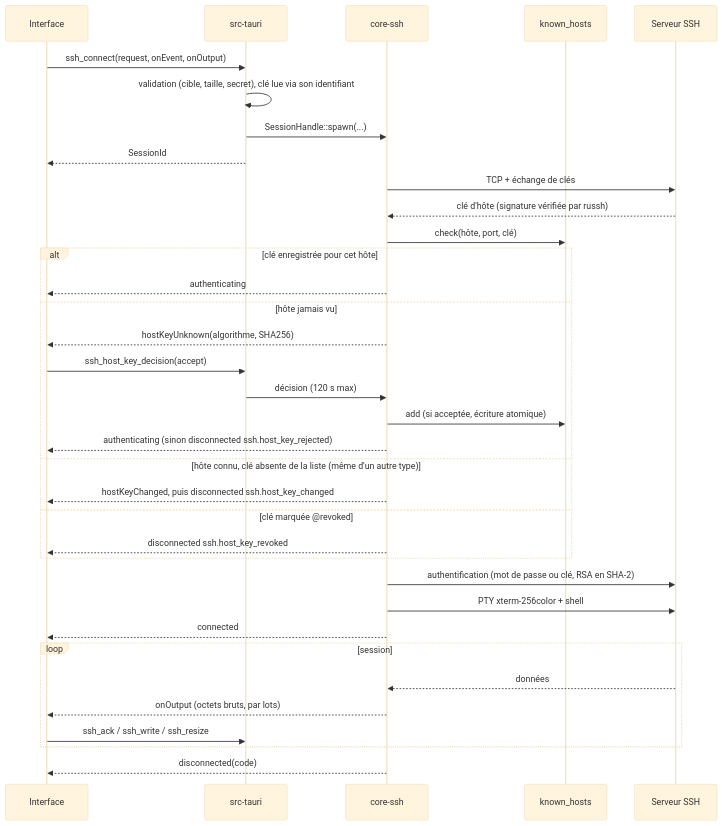
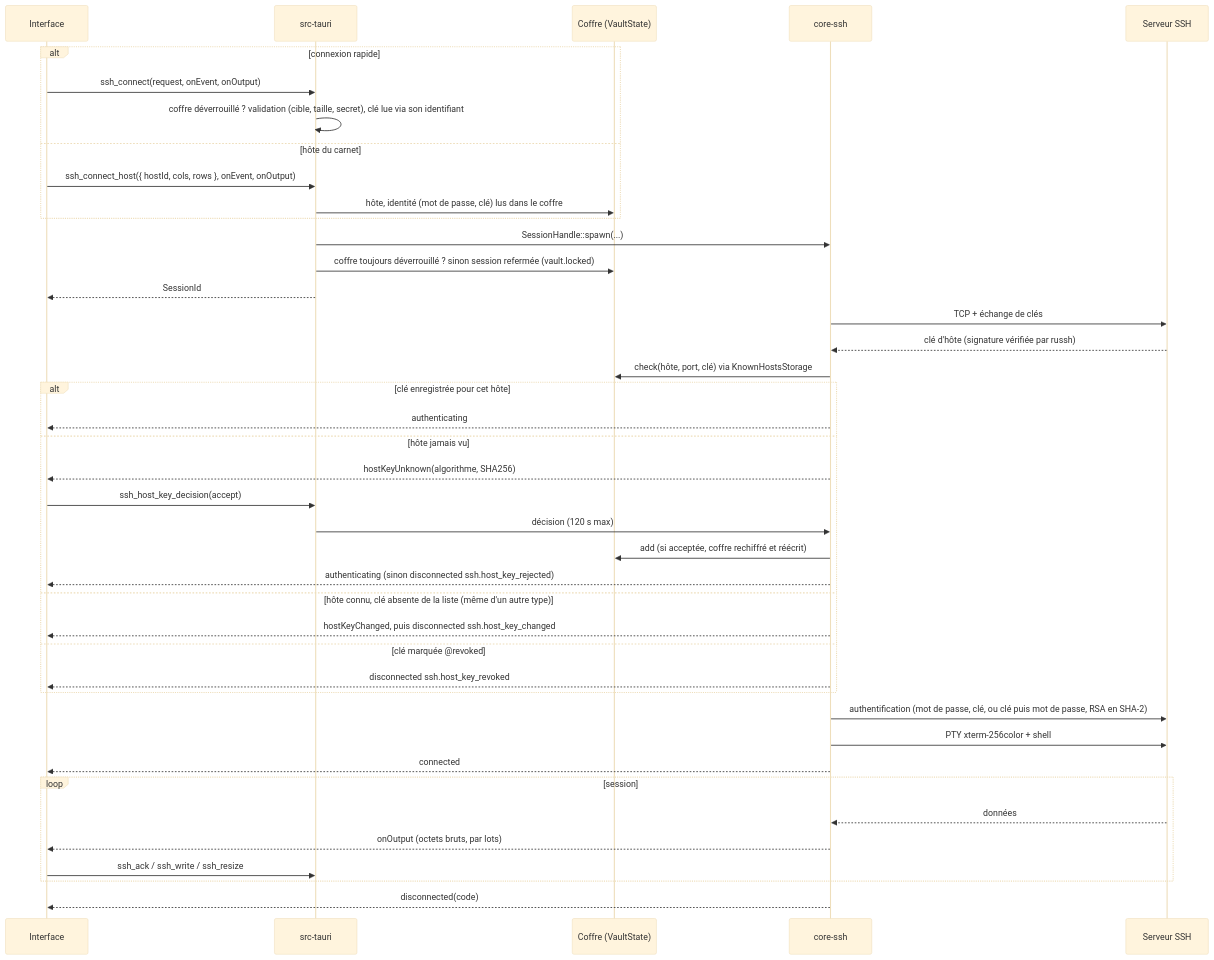
The fourth of 4 diagrams in docs/ARCHITECTURE.md (mlft9/vigie), drawn with Mermaid (base theme) before and after one commit. The commit also changed other lines of this file and 3 other files, not shown here.

First line of the commit message:
docs: documente l'étape 2 (architecture, ADR-026 à 030, changelog)

````diff
--- a/docs/ARCHITECTURE.md
+++ b/docs/ARCHITECTURE.md
@@ -214,37 +324,43 @@
 ```mermaid
 sequenceDiagram
     participant UI as Interface
     participant C as src-tauri
+    participant V as Coffre (VaultState)
     participant S as core-ssh
-    participant K as known_hosts
     participant SRV as Serveur SSH
-    UI->>C: ssh_connect(request, onEvent, onOutput)
-    C->>C: validation (cible, taille, secret), clé lue via son identifiant
+    alt connexion rapide
+        UI->>C: ssh_connect(request, onEvent, onOutput)
+        C->>C: coffre déverrouillé ? validation (cible, taille, secret), clé lue via son identifiant
+    else hôte du carnet
+        UI->>C: ssh_connect_host({ hostId, cols, rows }, onEvent, onOutput)
+        C->>V: hôte, identité (mot de passe, clé) lus dans le coffre
+    end
     C->>S: SessionHandle::spawn(...)
+    C->>V: coffre toujours déverrouillé ? sinon session refermée (vault.locked)
     C-->>UI: SessionId
     S->>SRV: TCP + échange de clés
     SRV-->>S: clé d'hôte (signature vérifiée par russh)
-    S->>K: check(hôte, port, clé)
+    S->>V: check(hôte, port, clé) via KnownHostsStorage
     alt clé enregistrée pour cet hôte
         S-->>UI: authenticating
     else hôte jamais vu
         S-->>UI: hostKeyUnknown(algorithme, SHA256)
         UI->>C: ssh_host_key_decision(accept)
         C->>S: décision (120 s max)
-        S->>K: add (si acceptée, écriture atomique)
+        S->>V: add (si acceptée, coffre rechiffré et réécrit)
         S-->>UI: authenticating (sinon disconnected ssh.host_key_rejected)
     else hôte connu, clé absente de la liste (même d'un autre type)
         S-->>UI: hostKeyChanged, puis disconnected ssh.host_key_changed
     else clé marquée @revoked
         S-->>UI: disconnected ssh.host_key_revoked
     end
-    S->>SRV: authentification (mot de passe ou clé, RSA en SHA-2)
+    S->>SRV: authentification (mot de passe, clé, ou clé puis mot de passe, RSA en SHA-2)
     S->>SRV: PTY xterm-256color + shell
     S-->>UI: connected
     loop session
         SRV-->>S: données
         S-->>UI: onOutput (octets bruts, par lots)
         UI->>C: ssh_ack / ssh_write / ssh_resize
     end
     S-->>UI: disconnected(code)
 ```
````
